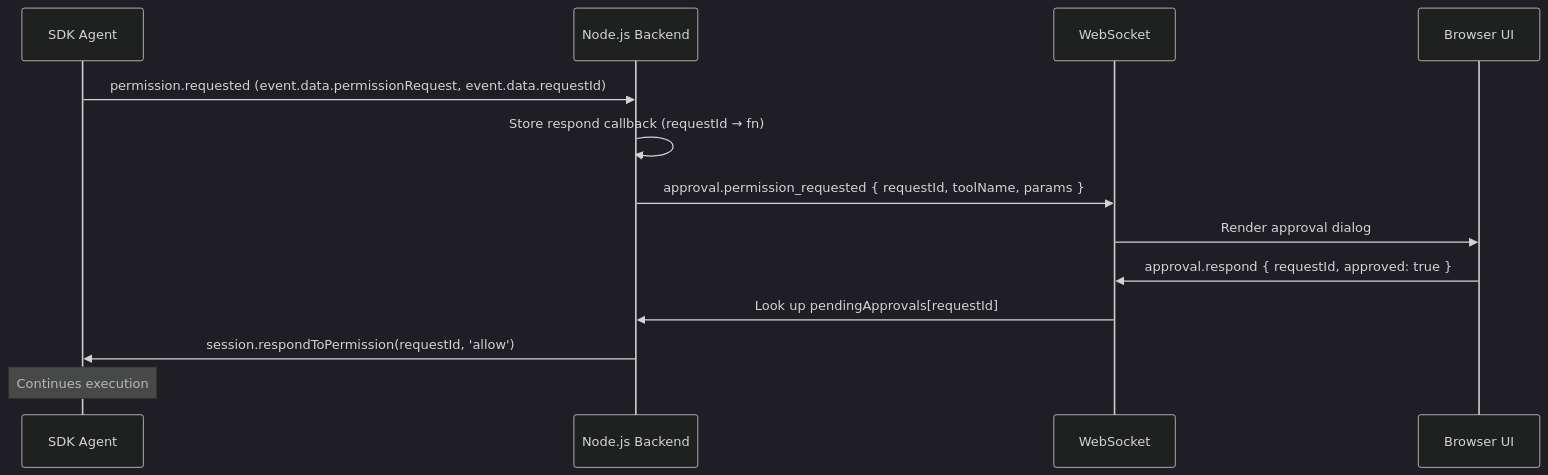
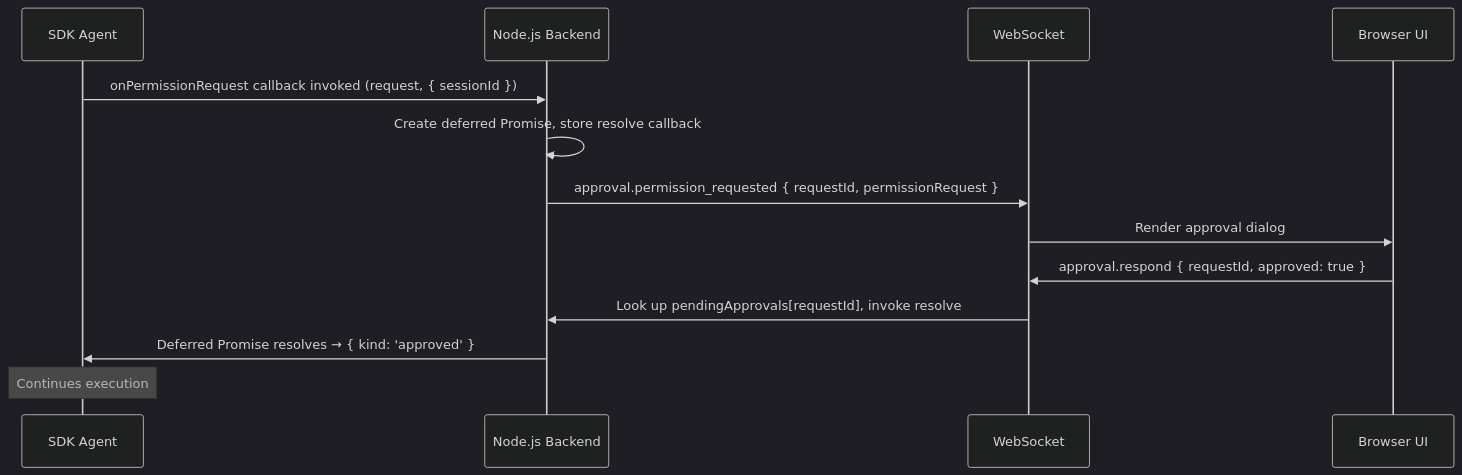
One commit to ming86/vscode changed the third of 5 diagrams in .local/docs/copilot-cli-session/06-webapp-extraction-guide.md. Above: the diagram before and after it, drawn with Mermaid (dark theme). The commit also changed other lines of this file and 6 other files, not shown here.

````diff
--- a/.local/docs/copilot-cli-session/06-webapp-extraction-guide.md
+++ b/.local/docs/copilot-cli-session/06-webapp-extraction-guide.md
@@ -1272,17 +1250,17 @@
 ```mermaid
 sequenceDiagram
     participant Agent as SDK Agent
     participant Backend as Node.js Backend
     participant WS as WebSocket
     participant UI as Browser UI
 
-    Agent->>Backend: permission.requested (event.data.permissionRequest, event.data.requestId)
-    Backend->>Backend: Store respond callback (requestId → fn)
-    Backend->>WS: approval.permission_requested { requestId, toolName, params }
+    Agent->>Backend: onPermissionRequest callback invoked (request, { sessionId })
+    Backend->>Backend: Create deferred Promise, store resolve callback
+    Backend->>WS: approval.permission_requested { requestId, permissionRequest }
     WS->>UI: Render approval dialog
 
     UI->>WS: approval.respond { requestId, approved: true }
-    WS->>Backend: Look up pendingApprovals[requestId]
-    Backend->>Agent: session.respondToPermission(requestId, 'allow')
+    WS->>Backend: Look up pendingApprovals[requestId], invoke resolve
+    Backend->>Agent: Deferred Promise resolves → { kind: 'approved' }
     Note over Agent: Continues execution
 ```
````
